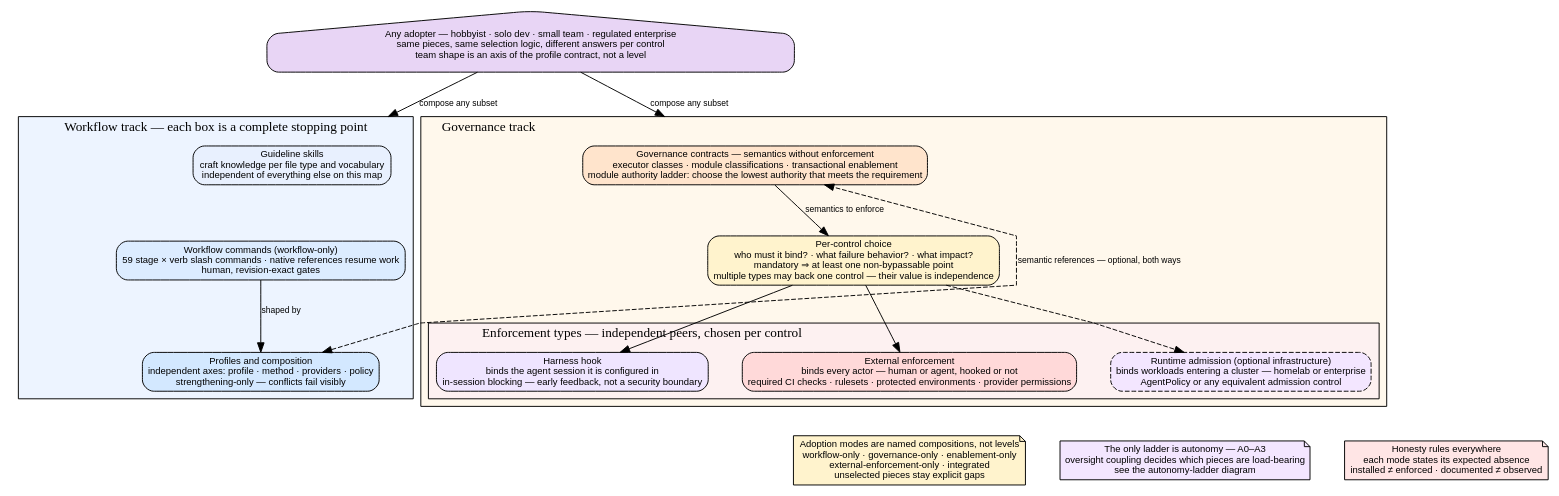
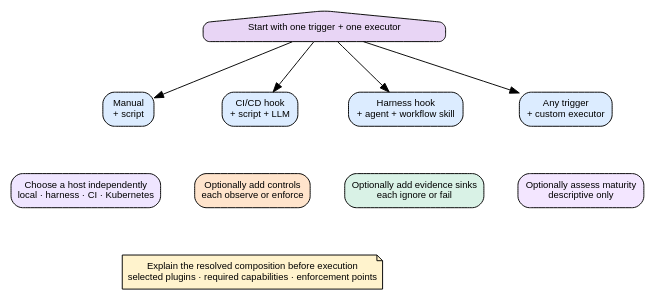
One commit to xonovex/platform changed the diagram in packages/diagram/diagram-agent-workflow/adoption-map.dot. Above: the diagram before and after it, drawn with Graphviz. The commit also changed 316 other files, not shown here.

Commit message:
refactor: decouple workflow execution controls

```diff
--- a/packages/diagram/diagram-agent-workflow/adoption-map.dot
+++ b/packages/diagram/diagram-agent-workflow/adoption-map.dot
@@ -1,64 +1,36 @@
 digraph AdoptionMap {
   rankdir=TB;
-  compound=true;
   newrank=true;
-  splines=polyline;
   nodesep=0.5;
-  ranksep=0.6;
+  ranksep=0.7;
 
-  node [shape=box, style="rounded,filled", fillcolor=white, fontname="Arial", fontsize=10];
+  node [shape=box, style="rounded,filled", fontname="Arial", fontsize=10];
   edge [fontname="Arial", fontsize=9];
 
-  adopter [label="Any adopter — hobbyist · solo dev · small team · regulated enterprise\nsame pieces, same selection logic, different answers per control\nteam shape is an axis of the profile contract, not a level", shape=house, fillcolor="#e8d5f5"];
+  start [label="Start with one trigger + one executor", shape=house, fillcolor="#e8d5f5"];
 
-  subgraph cluster_workflow {
-    label="Workflow track — each box is a complete stopping point";
-    labeljust=l;
-    style=filled;
-    fillcolor="#edf4ff";
+  manual [label="Manual\n+ script", fillcolor="#dcecff"];
+  ci [label="CI/CD hook\n+ script + LLM", fillcolor="#dcecff"];
+  harness [label="Harness hook\n+ agent + workflow skill", fillcolor="#dcecff"];
+  custom [label="Any trigger\n+ custom executor", fillcolor="#dcecff"];
 
-    skills [label="Guideline skills\ncraft knowledge per file type and vocabulary\nindependent of everything else on this map", fillcolor="#e8f0fe"];
-    commands [label="Workflow commands (workflow-only)\n59 stage × verb slash commands · native references resume work\nhuman, revision-exact gates", fillcolor="#dcecff"];
-    profiles [label="Profiles and composition\nindependent axes: profile · method · providers · policy\nstrengthening-only — conflicts fail visibly", fillcolor="#d3e8ff"];
+  start -> manual;
+  start -> ci;
+  start -> harness;
+  start -> custom;
+  {rank=same; manual; ci; harness; custom;}
 
-    commands -> profiles [label="shaped by"];
-    skills -> commands [style=invis];
-  }
+  host [label="Choose a host independently\nlocal · harness · CI · Kubernetes", fillcolor="#efe5ff"];
+  controls [label="Optionally add controls\neach observe or enforce", fillcolor="#ffe4cc"];
+  evidence [label="Optionally add evidence sinks\neach ignore or fail", fillcolor="#d9f2e6"];
+  maturity [label="Optionally assess maturity\ndescriptive only", fillcolor="#f3e6ff"];
 
-  subgraph cluster_governance {
-    label="Governance track";
-    labeljust=l;
-    style=filled;
-    fillcolor="#fff8ec";
+  manual -> host [style=invis];
+  ci -> controls [style=invis];
+  harness -> evidence [style=invis];
+  custom -> maturity [style=invis];
+  {rank=same; host; controls; evidence; maturity;}
 
-    contracts [label="Governance contracts — semantics without enforcement\nexecutor classes · module classifications · transactional enablement\nmodule authority ladder: choose the lowest authority that meets the requirement", fillcolor="#ffe4cc"];
-    choice [label="Per-control choice\nwho must it bind? · what failure behavior? · what impact?\nmandatory ⇒ at least one non-bypassable point\nmultiple types may back one control — their value is independence", fillcolor="#fff3cd"];
-
-    subgraph cluster_types {
-      label="Enforcement types — independent peers, chosen per control";
-      labeljust=l;
-      style=filled;
-      fillcolor="#fdf1f1";
-
-      hook [label="Harness hook\nbinds the agent session it is configured in\nin-session blocking — early feedback, not a security boundary", fillcolor="#efe5ff"];
-      external [label="External enforcement\nbinds every actor — human or agent, hooked or not\nrequired CI checks · rulesets · protected environments · provider permissions", fillcolor="#ffd9d9"];
-      admission [label="Runtime admission (optional infrastructure)\nbinds workloads entering a cluster — homelab or enterprise\nAgentPolicy or any equivalent admission control", fillcolor="#f3e6ff", style="rounded,filled,dashed"];
-    }
-
-    contracts -> choice [label="semantics to enforce"];
-    choice -> hook;
-    choice -> external;
-    choice -> admission [style=dashed];
-  }
-
-  adopter -> skills [lhead=cluster_workflow, label="compose any subset"];
-  adopter -> contracts [lhead=cluster_governance, label="compose any subset"];
-  profiles -> contracts [label="semantic references — optional, both ways", style=dashed, dir=both, constraint=false];
-
-  modes [label="Adoption modes are named compositions, not levels\nworkflow-only · governance-only · enablement-only\nexternal-enforcement-only · integrated\nunselected pieces stay explicit gaps", shape=note, fillcolor="#fff3cd"];
-  ladder [label="The only ladder is autonomy — A0–A3\noversight coupling decides which pieces are load-bearing\nsee the autonomy-ladder diagram", shape=note, fillcolor="#f3e6ff"];
-  honesty [label="Honesty rules everywhere\neach mode states its expected absence\ninstalled ≠ enforced · documented ≠ observed", shape=note, fillcolor="#ffe5e5"];
-
-  {rank=same; modes; ladder; honesty;}
-  external -> modes [style=invis];
+  inspect [label="Explain the resolved composition before execution\nselected plugins · required capabilities · enforcement points", shape=note, fillcolor="#fff3cd"];
+  controls -> inspect [style=invis];
 }
```
